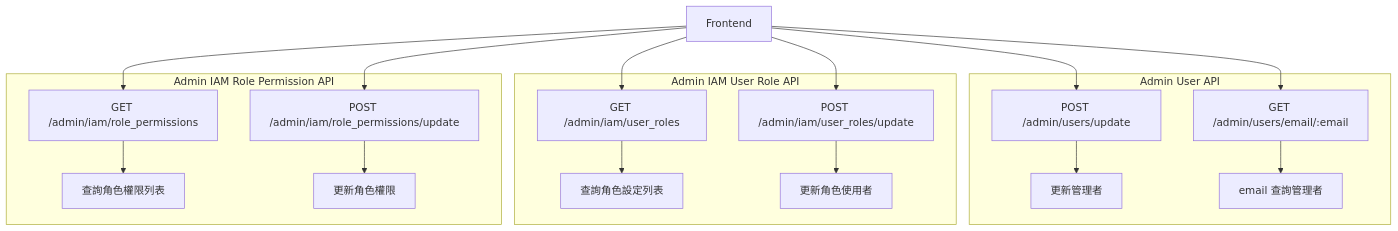
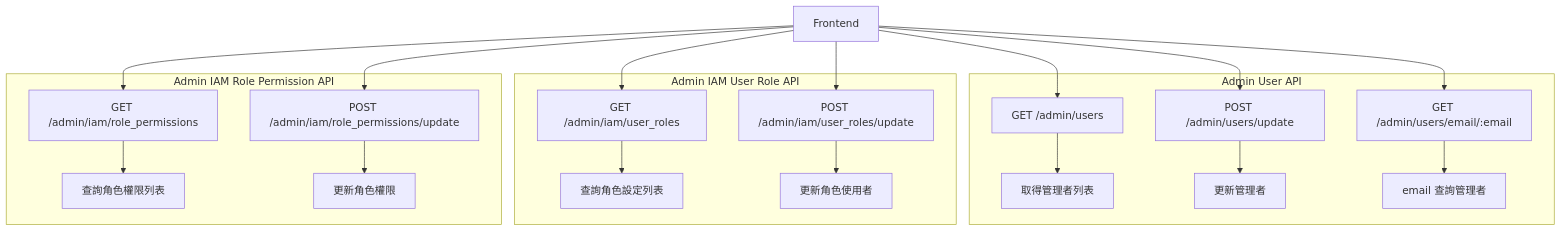
One commit to harry-tsai/notebook changed the first of 2 diagrams in api/design/permission_management/README.md. Above: the diagram before and after it, drawn with Mermaid. The commit also changed other lines of this file, not shown here.

Commit message:
更新 API 文檔，新增 GET /admin/users 端點，提供管理者列表及其詳細資訊

````diff
--- a/api/design/permission_management/README.md
+++ b/api/design/permission_management/README.md
@@ -9,27 +9,29 @@
 ```mermaid
 graph TD
     A[Frontend]
     subgraph Admin User API
-        BA[POST /admin/users/update] --> BB[更新管理者]
-        BG[GET /admin/users/email/:email] --> BH[email 查詢管理者]
+        BA[GET /admin/users] --> BB[取得管理者列表]
+        BC[POST /admin/users/update] --> BD[更新管理者]
+        BE[GET /admin/users/email/:email] --> BF[email 查詢管理者]
     end
 
     A --> BA
-    A --> BG
+    A --> BC
+    A --> BE
 
     subgraph Admin IAM User Role API
         CA[GET /admin/iam/user_roles] --> CB[查詢角色設定列表]
         CC[POST /admin/iam/user_roles/update] --> CD[更新角色使用者]
     end
 
     A --> CA
     A --> CC
 
     subgraph Admin IAM Role Permission API
         DA[GET /admin/iam/role_permissions] --> DB[查詢角色權限列表]
         DC[POST /admin/iam/role_permissions/update] --> DD[更新角色權限]
     end
 
     A --> DA
     A --> DC
 ```
````
